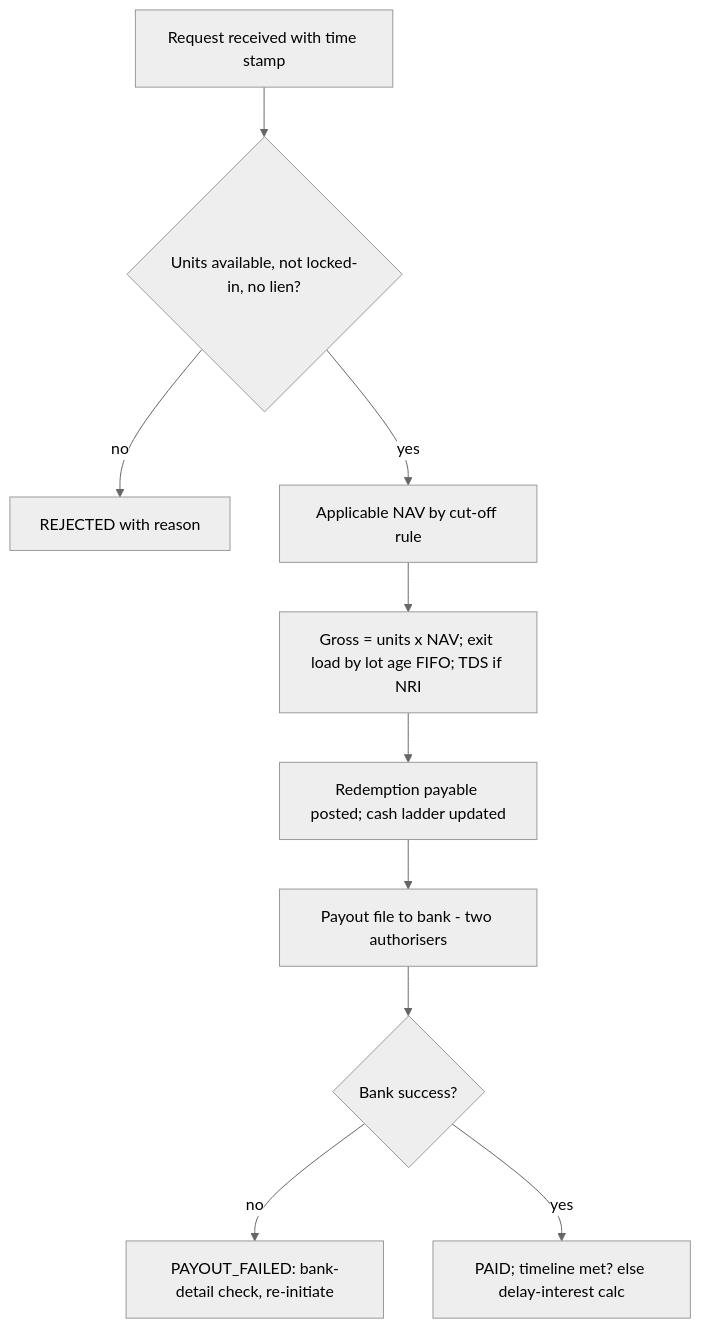
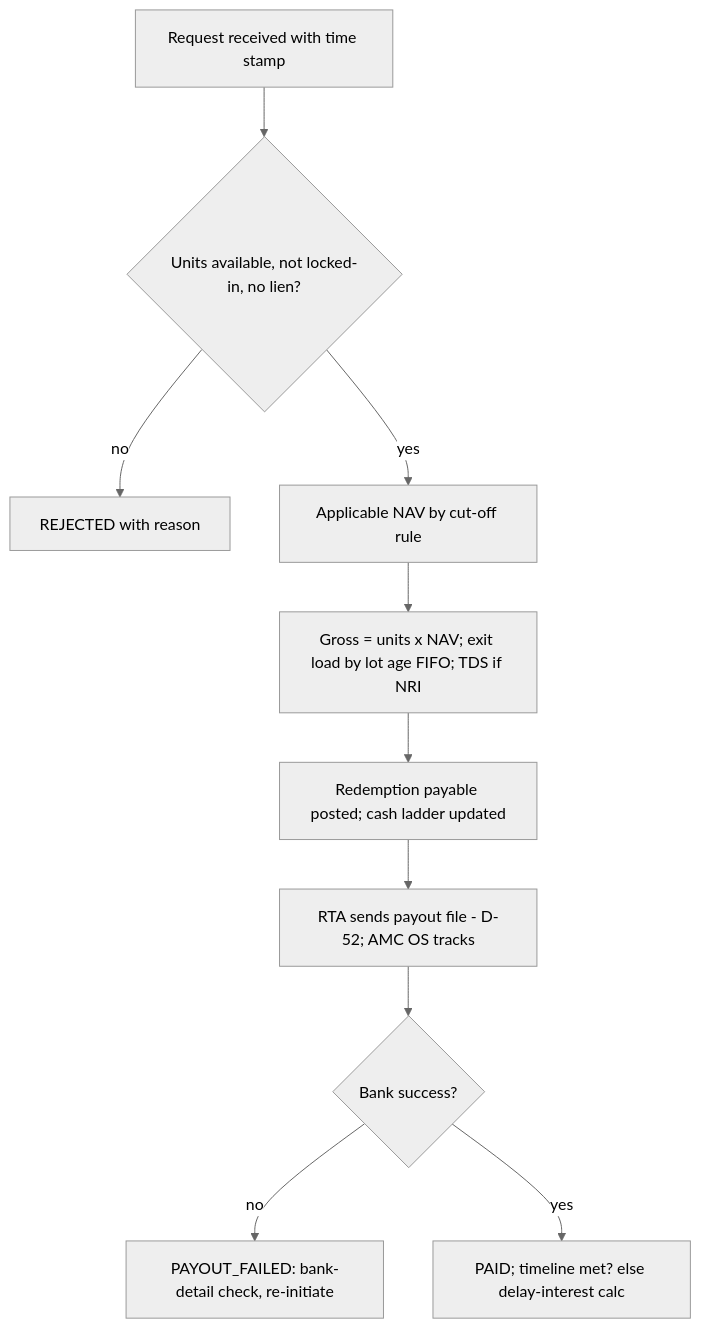
Diagram 12 of 29 in docs/02_business_architecture/BA-004_end_to_end_workflows.md (suchitdubey7/AMC-OS), drawn with Mermaid (neutral theme) before and after one commit. The commit also changed other lines of this file and 3 other files, not shown here.

````diff
--- a/docs/02_business_architecture/BA-004_end_to_end_workflows.md
+++ b/docs/02_business_architecture/BA-004_end_to_end_workflows.md
@@ -489,12 +489,12 @@
 ```mermaid
 flowchart TD
   A[Request received with time stamp] --> B{Units available, not locked-in, no lien?}
   B -- no --> C[REJECTED with reason]
   B -- yes --> D[Applicable NAV by cut-off rule]
   D --> E[Gross = units x NAV; exit load by lot age FIFO; TDS if NRI]
   E --> F[Redemption payable posted; cash ladder updated]
-  F --> G[Payout file to bank - two authorisers]
+  F --> G[RTA sends payout file - D-52; AMC OS tracks]
   G --> H{Bank success?}
   H -- no --> I[PAYOUT_FAILED: bank-detail check, re-initiate]
   H -- yes --> J[PAID; timeline met? else delay-interest calc]
 ```
````
